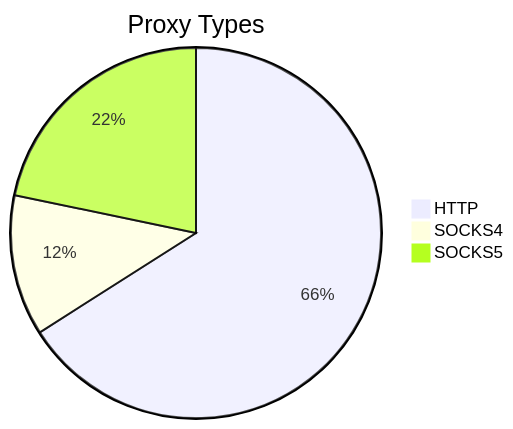
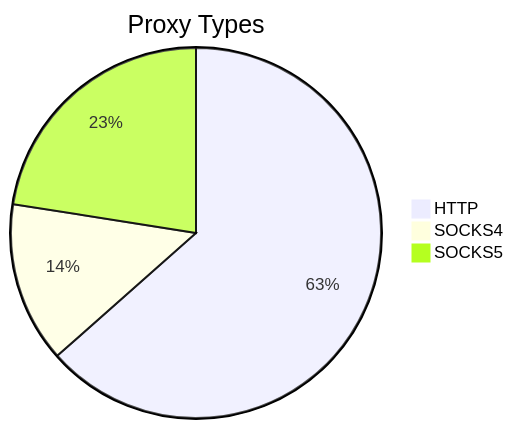
Before and after one commit to stormsia/proxy-list: the first of 2 diagrams in README.md, drawn with Mermaid. The commit also changed other lines of this file, not shown here.

````diff
--- a/README.md
+++ b/README.md
@@ -21,6 +21,6 @@
 ```mermaid
 pie title Proxy Types
-    "HTTP" : 161
-    "SOCKS4" : 30
-    "SOCKS5" : 53
+    "HTTP" : 172
+    "SOCKS4" : 38
+    "SOCKS5" : 61
 ```
````
